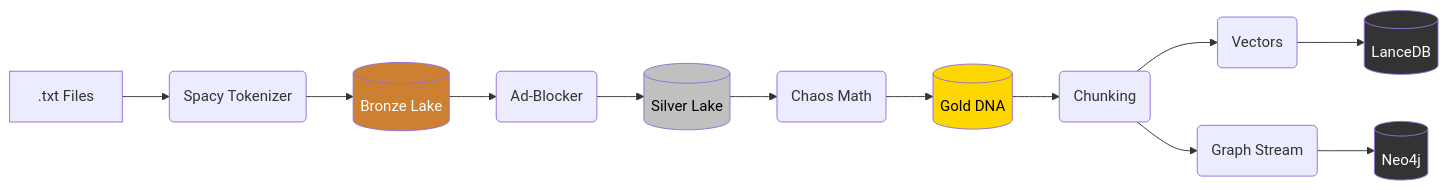
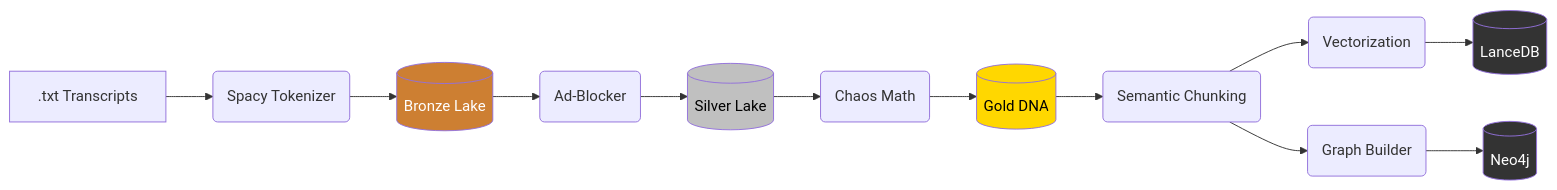
The first of 2 diagrams in README.md (IAmOmarJomaa/project_chimpanzee), drawn with Mermaid before and after one commit. The commit also changed other lines of this file, not shown here.

````diff
--- a/README.md
+++ b/README.md
@@ -6,16 +28,24 @@
 ```mermaid
 flowchart LR
-    Raw[".txt Files"] --> Ingest(Spacy Tokenizer) --> Bronze[("Bronze Lake")]
-    Bronze --> Cleaner(Ad-Blocker) --> Silver[("Silver Lake")]
-    Silver --> Enrich(Chaos Math) --> Gold[("Gold DNA")]
-    Gold --> Split(Chunking)
-    Split --> Embed(Vectors) & Build(Graph Stream)
+    Raw[".txt Transcripts"] --> Ingest(Spacy Tokenizer)
+    Ingest --> Bronze[("Bronze Lake")]
+    
+    Bronze --> Cleaner(Ad-Blocker)
+    Cleaner --> Silver[("Silver Lake")]
+    
+    Silver --> Enrich(Chaos Math)
+    Enrich --> Gold[("Gold DNA")]
+    
+    Gold --> Split(Semantic Chunking)
+    
+    Split --> Embed(Vectorization) & GraphBuild(Graph Builder)
+    
     Embed --> Lance[("LanceDB")]
-    Build --> Neo[("Neo4j")]
+    GraphBuild --> Neo[("Neo4j")]
     
     style Bronze fill:#cd7f32,color:white
     style Silver fill:#c0c0c0,color:black
     style Gold fill:#ffd700,color:black
     style Lance fill:#333,color:white
     style Neo fill:#333,color:white
 ```
````
